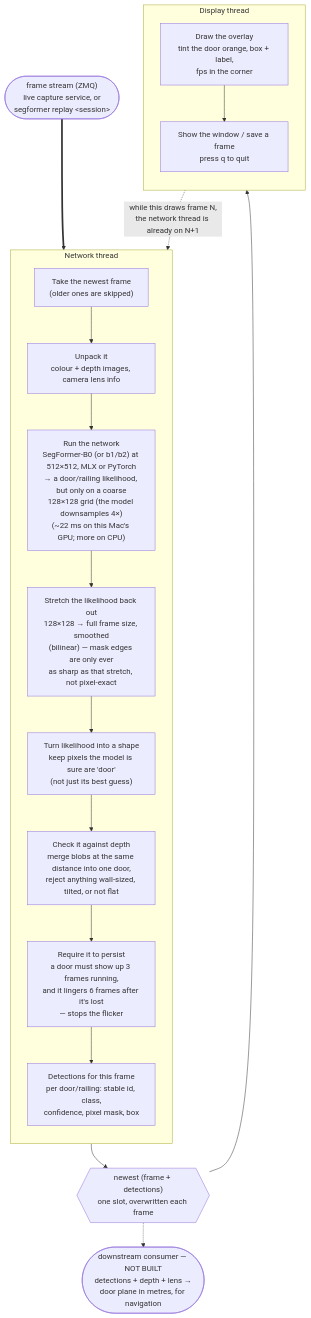
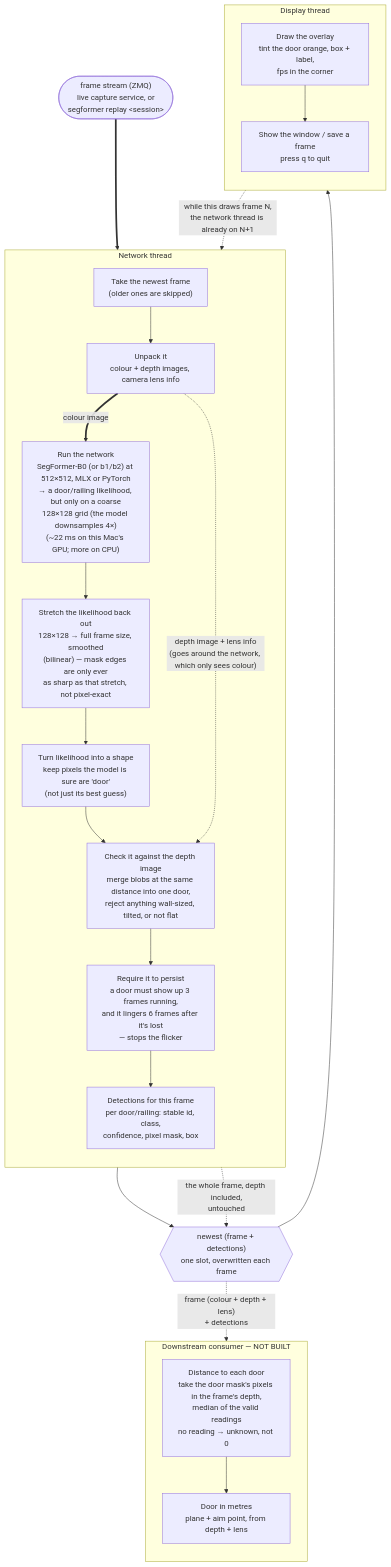
One commit to attepajula/Segformer-depth-object-detection changed the diagram in docs/dataflow.md. Above: the diagram before and after it, drawn with Mermaid. The commit also changed other lines of this file, not shown here.

First line of the commit message:
docs: draw the depth stream and the consumer's distance step in dataflow

````diff
--- a/docs/dataflow.md
+++ b/docs/dataflow.md
@@ -14,33 +14,42 @@
 ```mermaid
 flowchart TB
     IN(["frame stream (ZMQ)<br/>live capture service, or<br/>segformer replay &lt;session&gt;"])
 
     subgraph WORK["Network thread"]
         direction TB
         RECV["Take the newest frame<br/>(older ones are skipped)"]
         UNPACK["Unpack it<br/>colour + depth images, camera lens info"]
         NET["Run the network<br/>SegFormer-B0 (or b1/b2) at 512×512, MLX or PyTorch<br/>→ a door/railing likelihood, but only on a coarse<br/>128×128 grid (the model downsamples 4×)<br/>(~22 ms on this Mac's GPU; more on CPU)"]
         UPSAMPLE["Stretch the likelihood back out<br/>128×128 → full frame size, smoothed<br/>(bilinear) — mask edges are only ever<br/>as sharp as that stretch, not pixel-exact"]
         MASK["Turn likelihood into a shape<br/>keep pixels the model is sure are 'door'<br/>(not just its best guess)"]
-        DEPTH["Check it against depth<br/>merge blobs at the same distance into one door,<br/>reject anything wall-sized, tilted, or not flat"]
+        DEPTH["Check it against the depth image<br/>merge blobs at the same distance into one door,<br/>reject anything wall-sized, tilted, or not flat"]
         HOLD["Require it to persist<br/>a door must show up 3 frames running,<br/>and it lingers 6 frames after it's lost<br/>— stops the flicker"]
         RESULT["Detections for this frame<br/>per door/railing: stable id, class,<br/>confidence, pixel mask, box"]
-        RECV --> UNPACK --> NET --> UPSAMPLE --> MASK --> DEPTH --> HOLD --> RESULT
+        RECV --> UNPACK
+        UNPACK ==>|"colour image"| NET
+        NET --> UPSAMPLE --> MASK --> DEPTH --> HOLD --> RESULT
+        UNPACK -.->|"depth image + lens info<br/>(goes around the network, which only sees colour)"| DEPTH
     end
 
     HANDOFF{{"newest (frame + detections)<br/>one slot, overwritten each frame"}}
 
     subgraph DRAW["Display thread"]
         direction TB
         OVER["Draw the overlay<br/>tint the door orange, box + label,<br/>fps in the corner"]
         SHOW["Show the window / save a frame<br/>press q to quit"]
         OVER --> SHOW
     end
 
-    NAV(["downstream consumer — NOT BUILT<br/>detections + depth + lens →<br/>door plane in metres, for navigation"])
+    subgraph NAV["Downstream consumer — NOT BUILT"]
+        direction TB
+        DIST["Distance to each door<br/>take the door mask's pixels in the frame's depth,<br/>median of the valid readings<br/>no reading → unknown, not 0"]
+        PLANE["Door in metres<br/>plane + aim point, from depth + lens"]
+        DIST --> PLANE
+    end
 
     IN ==> RECV
     RESULT --> HANDOFF --> OVER
-    HANDOFF -.-> NAV
+    UNPACK -.->|"the whole frame, depth included,<br/>untouched"| HANDOFF
+    HANDOFF -.->|"frame (colour + depth + lens)<br/>+ detections"| DIST
     SHOW -.->|"while this draws frame N,<br/>the network thread is already on N+1"| RECV
 ```
````
